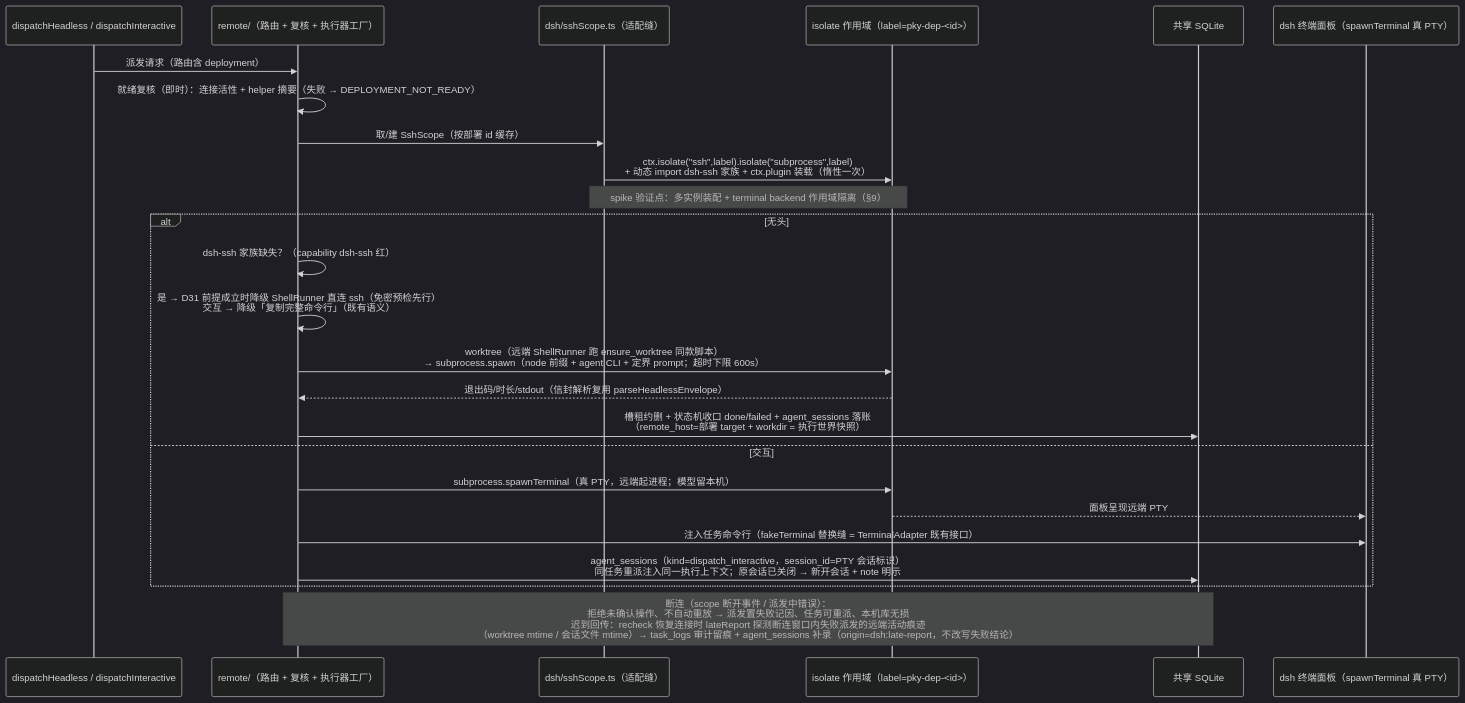
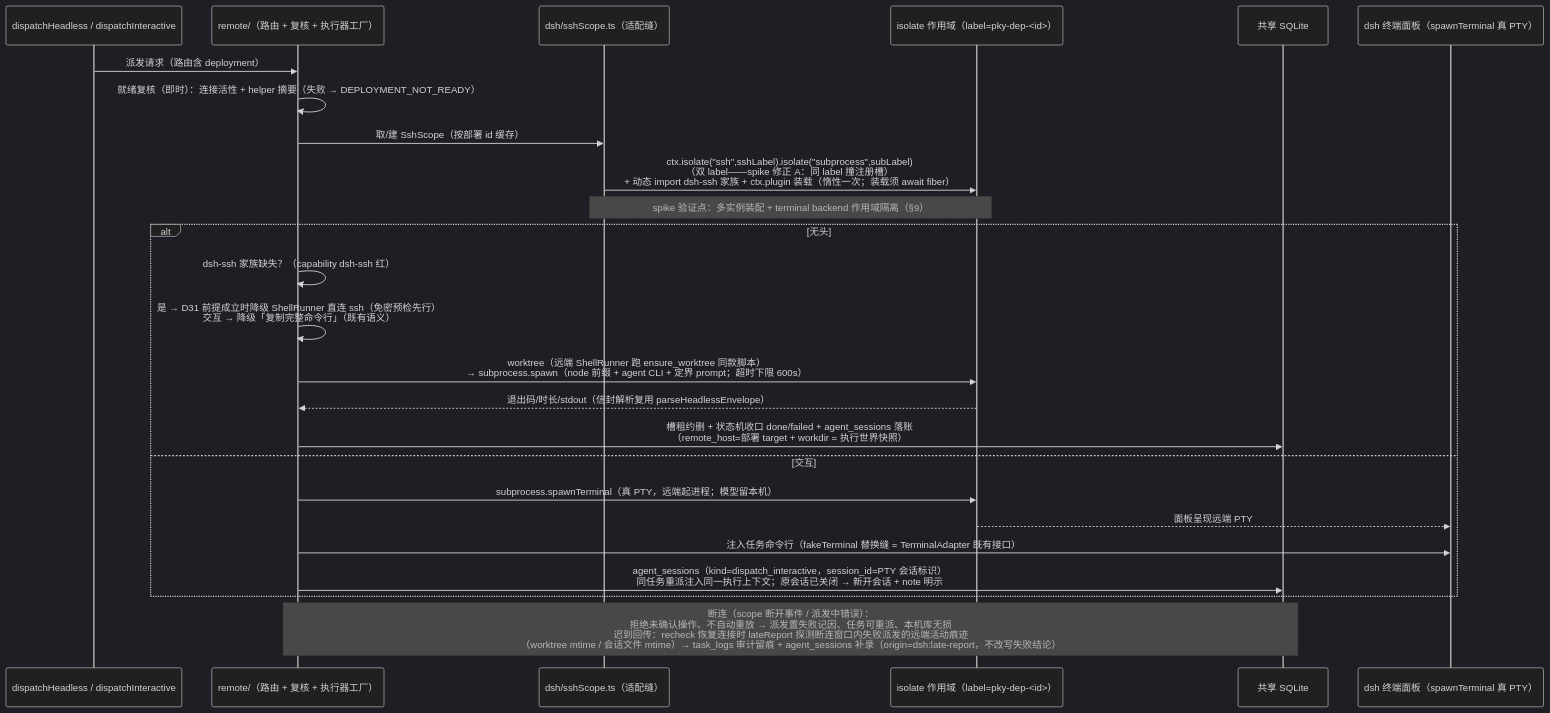
One commit to Jo0OCTsai/pokemon-choose-you changed the third of 4 diagrams in specs/dsh-plugin-full-parity/architecture.md. Above: the diagram before and after it, drawn with Mermaid (dark theme). The commit also changed other lines of this file and 33 other files, not shown here.

````diff
--- a/specs/dsh-plugin-full-parity/architecture.md
+++ b/specs/dsh-plugin-full-parity/architecture.md
@@ -336,27 +347,27 @@
 ```mermaid
 sequenceDiagram
     participant CMD as dispatchHeadless / dispatchInteractive
     participant RT as remote/（路由 + 复核 + 执行器工厂）
     participant SC as dsh/sshScope.ts（适配缝）
     participant ISO as isolate 作用域（label=pky-dep-<id>）
     participant DB as 共享 SQLite
     participant TERM as dsh 终端面板（spawnTerminal 真 PTY）
     CMD->>RT: 派发请求（路由含 deployment）
     RT->>RT: 就绪复核（即时）：连接活性 + helper 摘要（失败 → DEPLOYMENT_NOT_READY）
     RT->>SC: 取/建 SshScope（按部署 id 缓存）
-    SC->>ISO: ctx.isolate("ssh",label).isolate("subprocess",label)<br/>+ 动态 import dsh-ssh 家族 + ctx.plugin 装载（惰性一次）
+    SC->>ISO: ctx.isolate("ssh",sshLabel).isolate("subprocess",subLabel)<br/>（双 label——spike 修正 A：同 label 撞注册槽）<br/>+ 动态 import dsh-ssh 家族 + ctx.plugin 装载（惰性一次；装载须 await fiber）
     Note over SC,ISO: spike 验证点：多实例装配 + terminal backend 作用域隔离（§9）
     alt 无头
         RT->>RT: dsh-ssh 家族缺失？（capability dsh-ssh 红）
         RT->>RT: 是 → D31 前提成立时降级 ShellRunner 直连 ssh（免密预检先行）<br/>交互 → 降级「复制完整命令行」（既有语义）
         RT->>ISO: worktree（远端 ShellRunner 跑 ensure_worktree 同款脚本）<br/>→ subprocess.spawn（node 前缀 + agent CLI + 定界 prompt；超时下限 600s）
         ISO-->>RT: 退出码/时长/stdout（信封解析复用 parseHeadlessEnvelope）
         RT->>DB: 槽租约删 + 状态机收口 done/failed + agent_sessions 落账<br/>（remote_host=部署 target + workdir = 执行世界快照）
     else 交互
         RT->>ISO: subprocess.spawnTerminal（真 PTY，远端起进程；模型留本机）
         ISO-->>TERM: 面板呈现远端 PTY
         RT->>TERM: 注入任务命令行（fakeTerminal 替换缝 = TerminalAdapter 既有接口）
         RT->>DB: agent_sessions（kind=dispatch_interactive，session_id=PTY 会话标识）<br/>同任务重派注入同一执行上下文；原会话已关闭 → 新开会话 + note 明示
     end
     Note over RT,DB: 断连（scope 断开事件 / 派发中错误）：<br/>拒绝未确认操作、不自动重放 → 派发置失败记因、任务可重派、本机库无损<br/>迟到回传：recheck 恢复连接时 lateReport 探测断连窗口内失败派发的远端活动痕迹<br/>（worktree mtime / 会话文件 mtime）→ task_logs 审计留痕 + agent_sessions 补录（origin=dsh:late-report，不改写失败结论）
 ```
````
